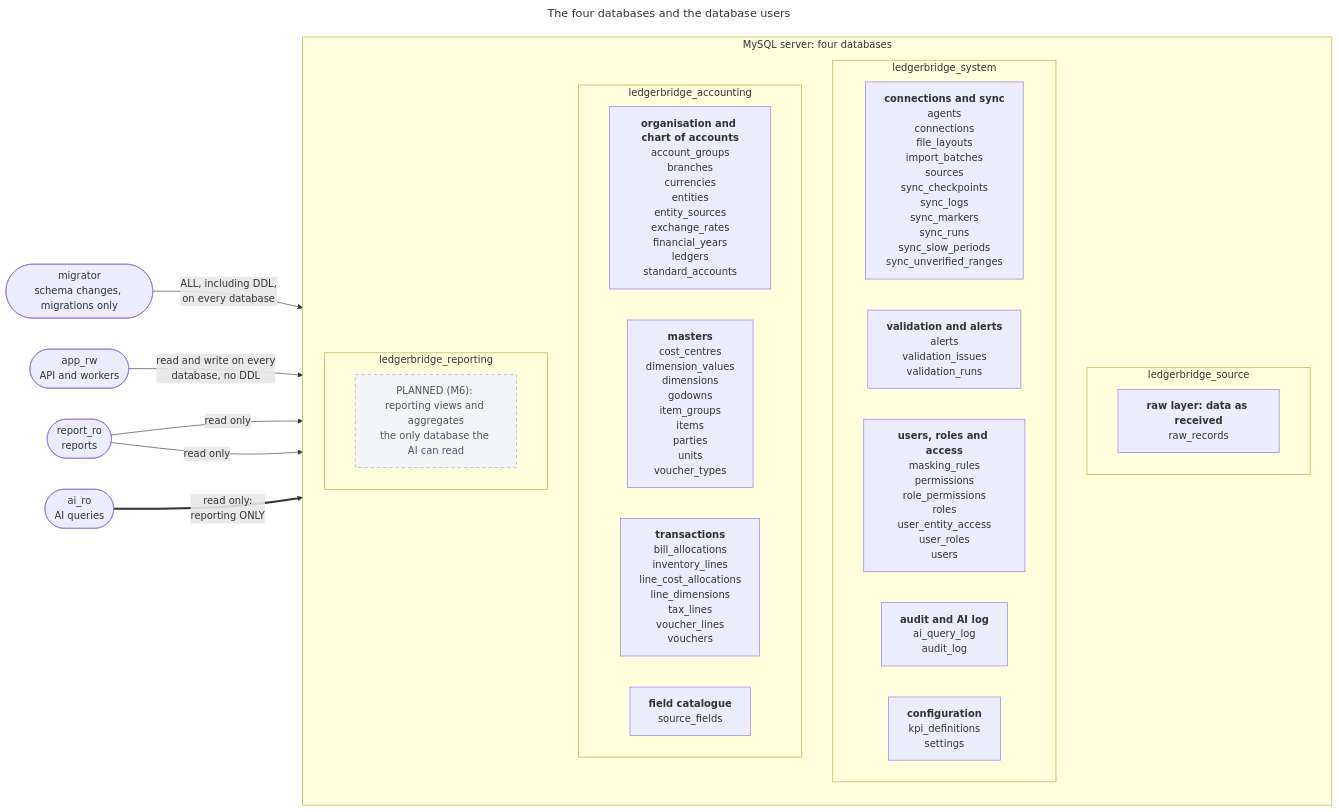
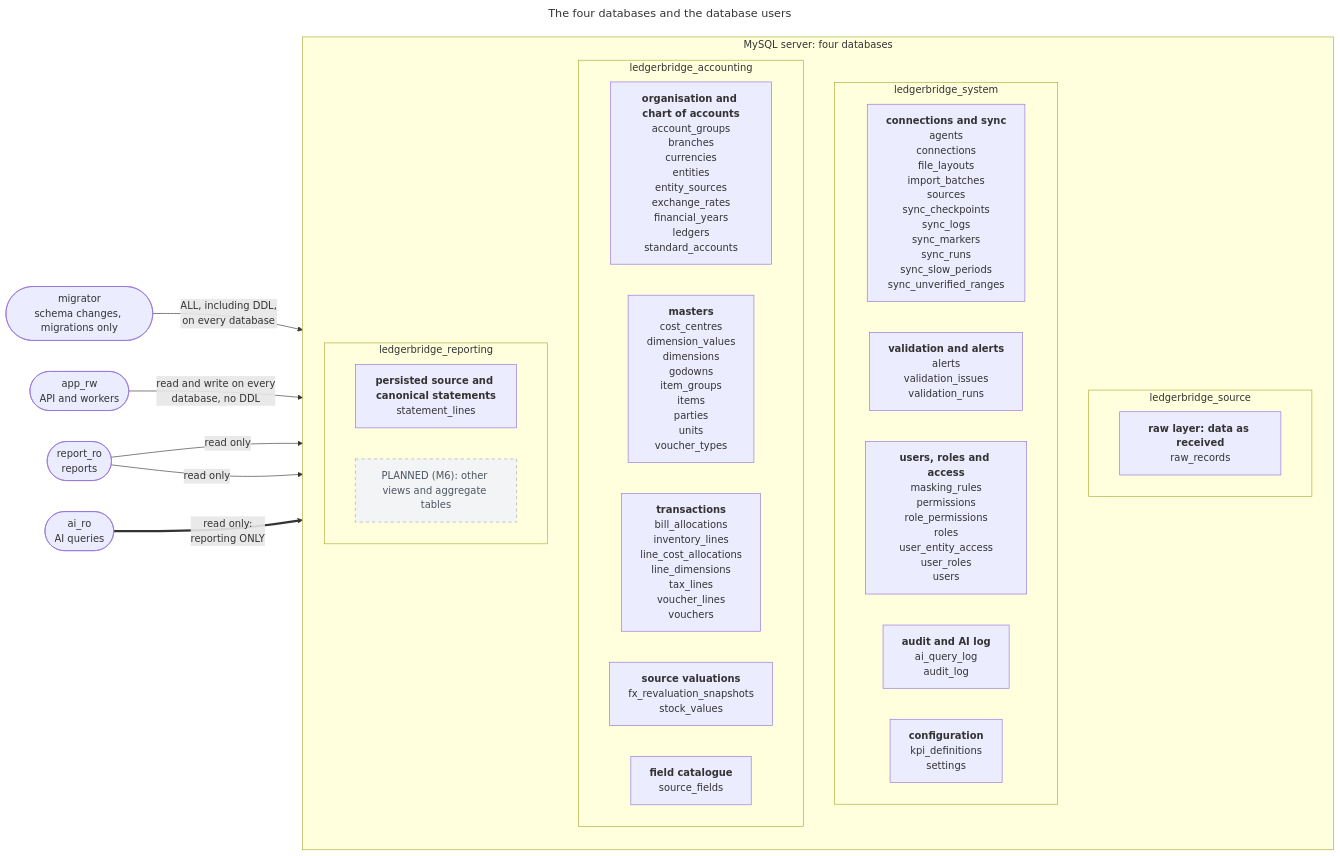
Before and after one commit to empirical-logic-2026/ledgerbridge: the diagram in docs/diagrams/schema-databases.mmd, drawn with Mermaid. The commit also changed 120 other files, not shown here.

```diff
--- a/docs/diagrams/schema-databases.mmd
+++ b/docs/diagrams/schema-databases.mmd
@@ -1,38 +1,40 @@
 ---
 title: "The four databases and the database users"
 ---
 %% Generated by `python -m devtools.diagrams` from core/models: don't edit by hand.
 flowchart LR
     migrator(["migrator<br/>schema changes, migrations only"])
     app_rw(["app_rw<br/>API and workers"])
     report_ro(["report_ro<br/>reports"])
     ai_ro(["ai_ro<br/>AI queries"])
     subgraph mysql["MySQL server: four databases"]
     direction TB
     subgraph ledgerbridge_source["ledgerbridge_source"]
         ledgerbridge_source_1["<b>raw layer: data as received</b><br/>raw_records"]
     end
     subgraph ledgerbridge_system["ledgerbridge_system"]
         ledgerbridge_system_1["<b>connections and sync</b><br/>agents<br/>connections<br/>file_layouts<br/>import_batches<br/>sources<br/>sync_checkpoints<br/>sync_logs<br/>sync_markers<br/>sync_runs<br/>sync_slow_periods<br/>sync_unverified_ranges"]
         ledgerbridge_system_2["<b>validation and alerts</b><br/>alerts<br/>validation_issues<br/>validation_runs"]
         ledgerbridge_system_3["<b>users, roles and access</b><br/>masking_rules<br/>permissions<br/>role_permissions<br/>roles<br/>user_entity_access<br/>user_roles<br/>users"]
         ledgerbridge_system_4["<b>audit and AI log</b><br/>ai_query_log<br/>audit_log"]
         ledgerbridge_system_5["<b>configuration</b><br/>kpi_definitions<br/>settings"]
     end
     subgraph ledgerbridge_accounting["ledgerbridge_accounting"]
         ledgerbridge_accounting_1["<b>organisation and chart of accounts</b><br/>account_groups<br/>branches<br/>currencies<br/>entities<br/>entity_sources<br/>exchange_rates<br/>financial_years<br/>ledgers<br/>standard_accounts"]
         ledgerbridge_accounting_2["<b>masters</b><br/>cost_centres<br/>dimension_values<br/>dimensions<br/>godowns<br/>item_groups<br/>items<br/>parties<br/>units<br/>voucher_types"]
         ledgerbridge_accounting_3["<b>transactions</b><br/>bill_allocations<br/>inventory_lines<br/>line_cost_allocations<br/>line_dimensions<br/>tax_lines<br/>voucher_lines<br/>vouchers"]
-        ledgerbridge_accounting_4["<b>field catalogue</b><br/>source_fields"]
+        ledgerbridge_accounting_4["<b>source valuations</b><br/>fx_revaluation_snapshots<br/>stock_values"]
+        ledgerbridge_accounting_5["<b>field catalogue</b><br/>source_fields"]
     end
     subgraph ledgerbridge_reporting["ledgerbridge_reporting"]
-        ledgerbridge_reporting_planned["PLANNED (M6): reporting views and aggregates<br/>the only database the AI can read"]
+        ledgerbridge_reporting_1["<b>persisted source and canonical statements</b><br/>statement_lines"]
+        ledgerbridge_reporting_planned["PLANNED (M6): other views and aggregate tables"]
     end
     end
     migrator -->|"ALL, including DDL,<br/>on every database"| mysql
     app_rw -->|"read and write on every<br/>database, no DDL"| mysql
     report_ro -->|"read only"| ledgerbridge_accounting
     report_ro -->|"read only"| ledgerbridge_reporting
     ai_ro ==>|"read only:<br/>reporting ONLY"| ledgerbridge_reporting
     classDef planned fill:#f3f4f6,stroke:#9ca3af,stroke-dasharray:5 5,color:#4b5563
     class ledgerbridge_reporting_planned planned
```
